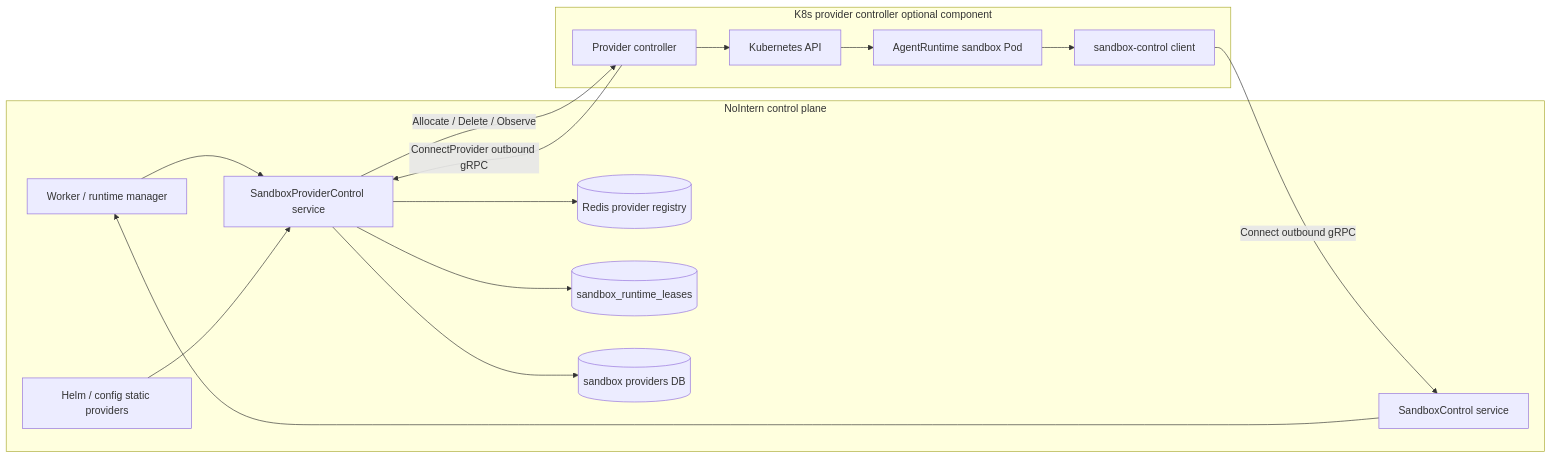
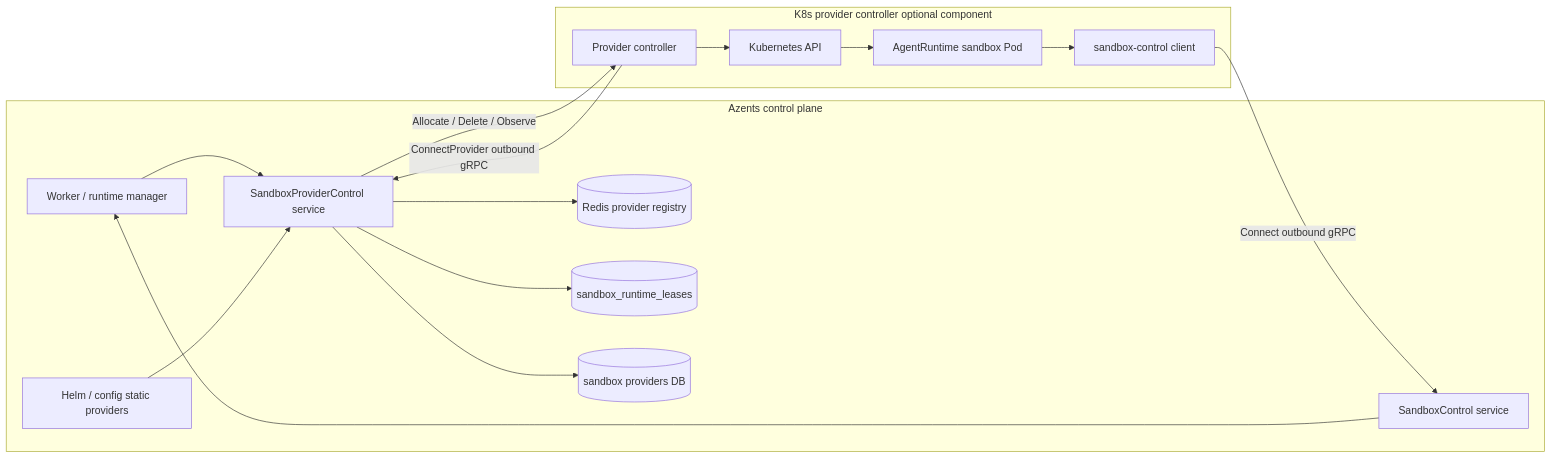
One commit to azents/azents changed the diagram in docs/azents/design/sandbox-provider-control.md. Above: the diagram before and after it, drawn with Mermaid. The commit also changed other lines of this file and 245 other files, not shown here.

````diff
--- a/docs/azents/design/sandbox-provider-control.md
+++ b/docs/azents/design/sandbox-provider-control.md
@@ -105,32 +105,32 @@
 ```mermaid
 flowchart LR
-    subgraph NoIntern[NoIntern control plane]
+    subgraph Azents[Azents control plane]
         Worker[Worker / runtime manager]
         ProviderSvc[SandboxProviderControl service]
         SandboxCtl[SandboxControl service]
         ProviderRegistry[(Redis provider registry)]
         RuntimeLease[(sandbox_runtime_leases)]
         ProviderDB[(sandbox providers DB)]
         Config[Helm / config static providers]
     end
 
     subgraph K8sProvider[K8s provider controller optional component]
         Controller[Provider controller]
         K8sAPI[Kubernetes API]
         Pod[AgentRuntime sandbox Pod]
         Client[sandbox-control client]
     end
 
     Worker --> ProviderSvc
     ProviderSvc --> ProviderRegistry
     ProviderSvc --> RuntimeLease
     ProviderSvc --> ProviderDB
     Config --> ProviderSvc
     Controller -->|ConnectProvider outbound gRPC| ProviderSvc
     ProviderSvc -->|Allocate / Delete / Observe| Controller
     Controller --> K8sAPI
     K8sAPI --> Pod
     Pod --> Client
     Client -->|Connect outbound gRPC| SandboxCtl
     SandboxCtl --> Worker
 ```
````
